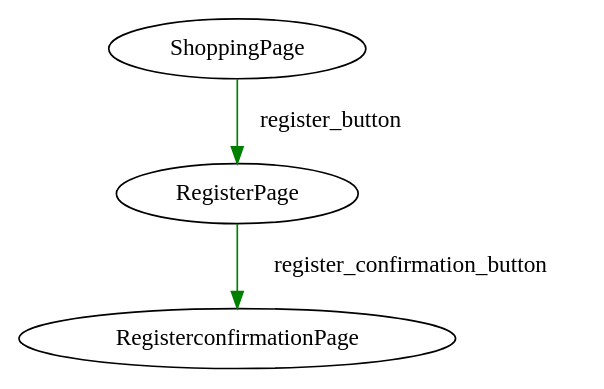
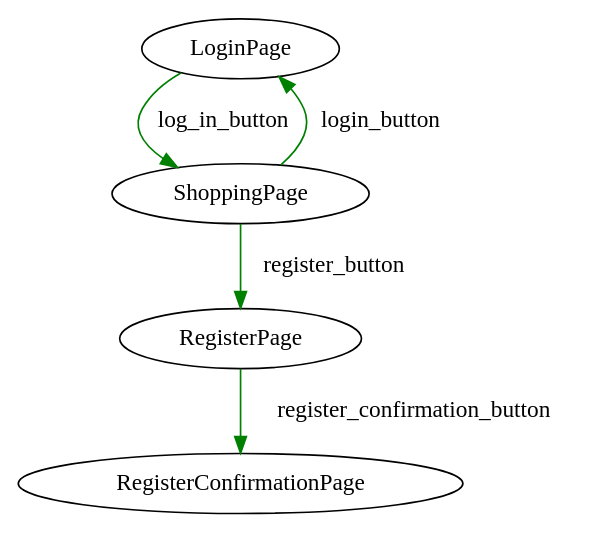
The diagram in SHOPPING/page_graph.dot (sushantbhatnagar/ShoppingCenter), drawn with Graphviz before and after one commit. The commit also changed 882 other files, not shown here.

```diff
--- a/SHOPPING/page_graph.dot
+++ b/SHOPPING/page_graph.dot
@@ -1,3 +1,5 @@
-digraph G {RegisterPage -> RegisterconfirmationPage[color="green", label="register_confirmation_button"];
+digraph G {LoginPage -> ShoppingPage[color="green", label="log_in_button"];
+RegisterPage -> RegisterConfirmationPage[color="green", label="register_confirmation_button"];
 ShoppingPage -> RegisterPage[color="green", label="register_button"];
+ShoppingPage -> LoginPage[color="green", label="login_button"];
 }
```
